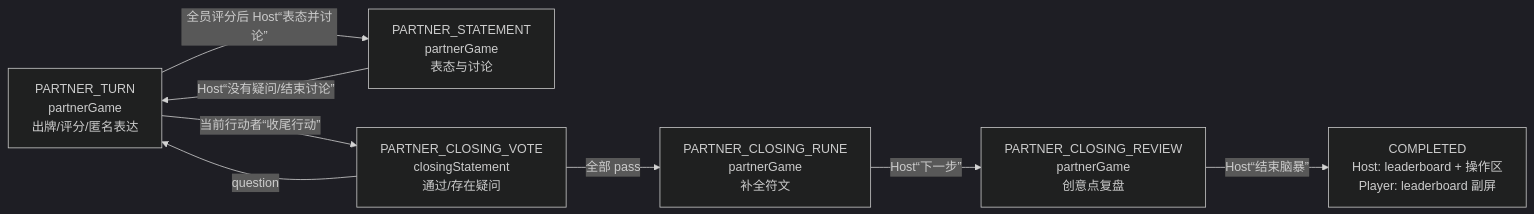
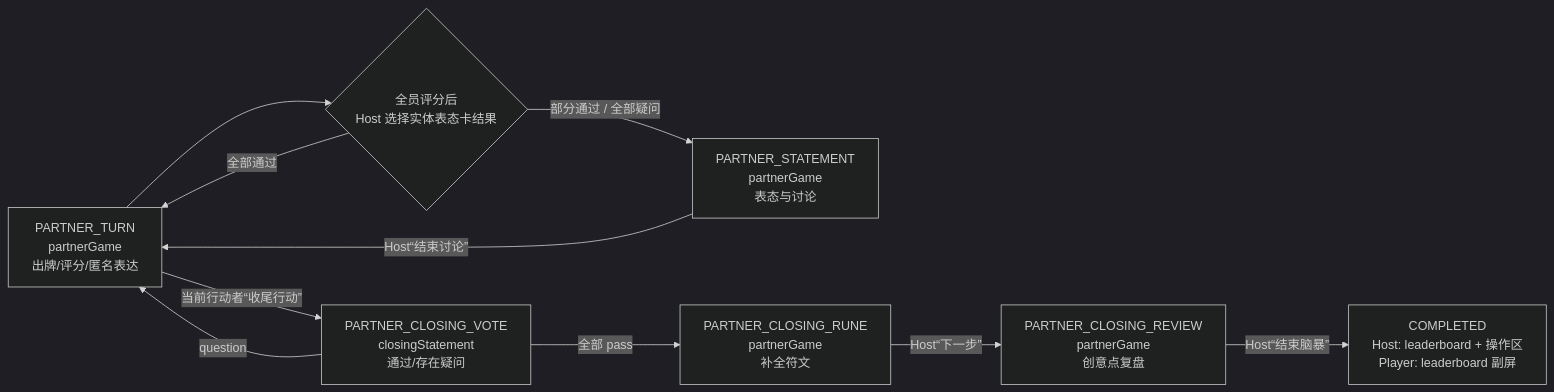
Before and after one commit to Bubble-419/cardboard-miniprogram: the tenth of 18 diagrams in docs/ROOM_BUSINESS_FLOWS.md, drawn with Mermaid (dark theme). The commit also changed other lines of this file and 24 other files, not shown here.

````diff
--- a/docs/ROOM_BUSINESS_FLOWS.md
+++ b/docs/ROOM_BUSINESS_FLOWS.md
@@ -339,17 +340,19 @@
 ```mermaid
 flowchart LR
   TURN[PARTNER_TURN<br/>partnerGame<br/>出牌/评分/匿名表达]
   STATEMENT[PARTNER_STATEMENT<br/>partnerGame<br/>表态与讨论]
   VOTE[PARTNER_CLOSING_VOTE<br/>closingStatement<br/>通过/存在疑问]
   RUNE[PARTNER_CLOSING_RUNE<br/>partnerGame<br/>补全符文]
   REVIEW[PARTNER_CLOSING_REVIEW<br/>partnerGame<br/>创意点复盘]
   BOARD[COMPLETED<br/>Host: leaderboard + 操作区<br/>Player: leaderboard 副屏]
 
-  TURN -->|全员评分后 Host“表态并讨论”| STATEMENT
-  STATEMENT -->|Host“没有疑问/结束讨论”| TURN
+  TURN --> PICK{全员评分后<br/>Host 选择实体表态卡结果}
+  PICK -->|全部通过| TURN
+  PICK -->|部分通过 / 全部疑问| STATEMENT
+  STATEMENT -->|Host“结束讨论”| TURN
   TURN -->|当前行动者“收尾行动”| VOTE
   VOTE -->|question| TURN
   VOTE -->|全部 pass| RUNE
   RUNE -->|Host“下一步”| REVIEW
   REVIEW -->|Host“结束脑暴”| BOARD
 ```
````
